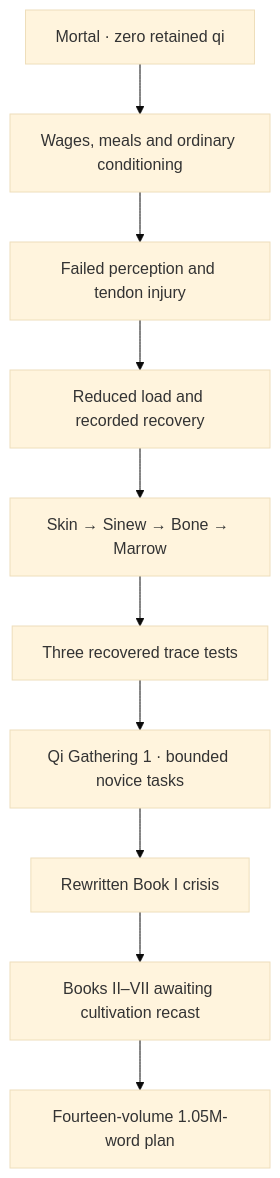
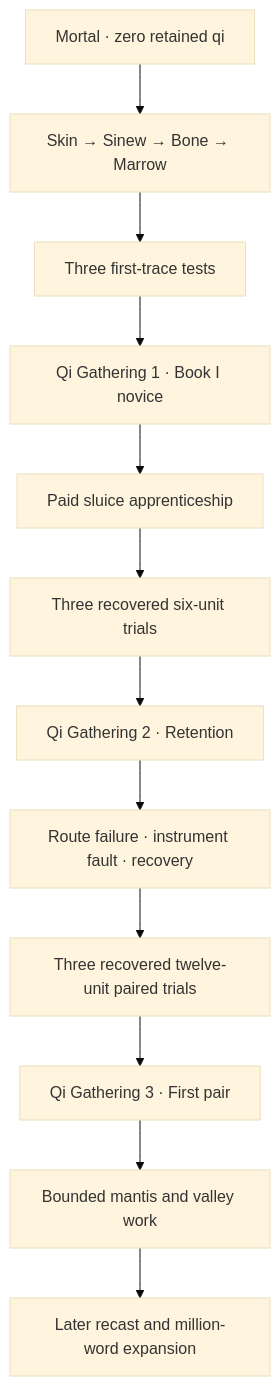
One commit to jgyy/octxian changed the diagram in docs/CULTIVATION_REWRITE.md. Above: the diagram before and after it, drawn with Mermaid (base theme). The commit also changed other lines of this file and 8 other files, not shown here.

Commit message:
docs: verify manuscript credit and document the sluice expansion

````diff
--- a/docs/CULTIVATION_REWRITE.md
+++ b/docs/CULTIVATION_REWRITE.md
@@ -39,12 +47,14 @@
 ```mermaid
 flowchart TD
-    Mortal["Mortal · zero retained qi"] --> Labor["Wages, meals and ordinary conditioning"]
-    Labor --> Failure["Failed perception and tendon injury"]
-    Failure --> Recovery["Reduced load and recorded recovery"]
-    Recovery --> Body["Skin → Sinew → Bone → Marrow"]
-    Body --> Tests["Three recovered trace tests"]
-    Tests --> Qi["Qi Gathering 1 · bounded novice tasks"]
-    Qi --> Upper["Rewritten Book I crisis"]
-    Upper --> Recast["Books II–VII awaiting cultivation recast"]
-    Recast --> Later["Fourteen-volume 1.05M-word plan"]
+    Mortal["Mortal · zero retained qi"] --> Body["Skin → Sinew → Bone → Marrow"]
+    Body --> Trace["Three first-trace tests"]
+    Trace --> One["Qi Gathering 1 · Book I novice"]
+    One --> Sluice["Paid sluice apprenticeship"]
+    Sluice --> Retention["Three recovered six-unit trials"]
+    Retention --> Two["Qi Gathering 2 · Retention"]
+    Two --> Failure["Route failure · instrument fault · recovery"]
+    Failure --> Pair["Three recovered twelve-unit paired trials"]
+    Pair --> Three["Qi Gathering 3 · First pair"]
+    Three --> Work["Bounded mantis and valley work"]
+    Work --> Remaining["Later recast and million-word expansion"]
 ```
````
